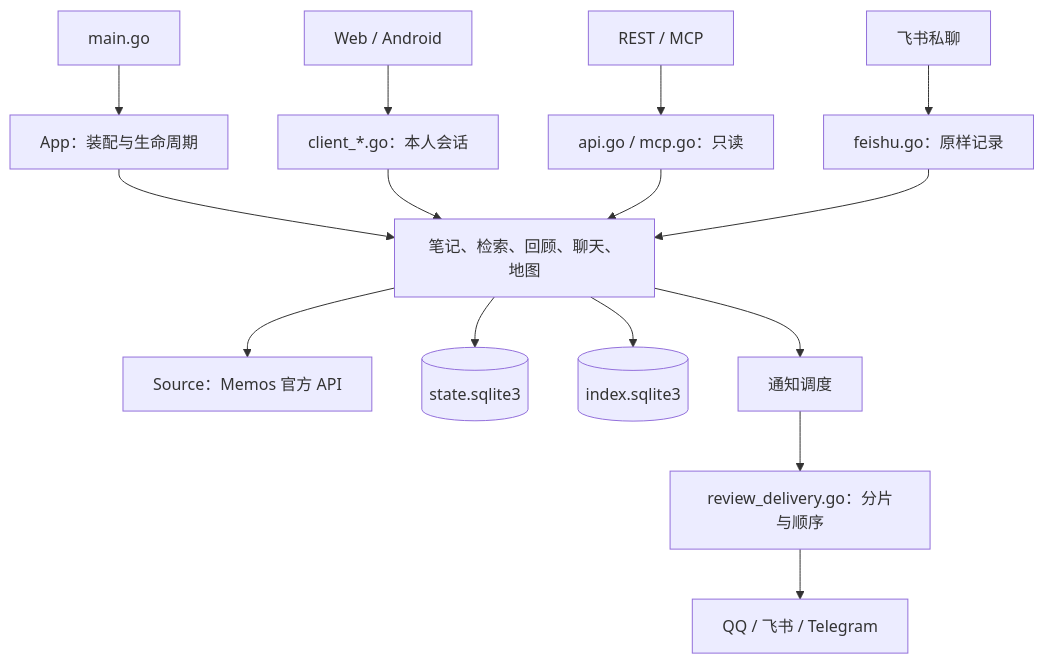
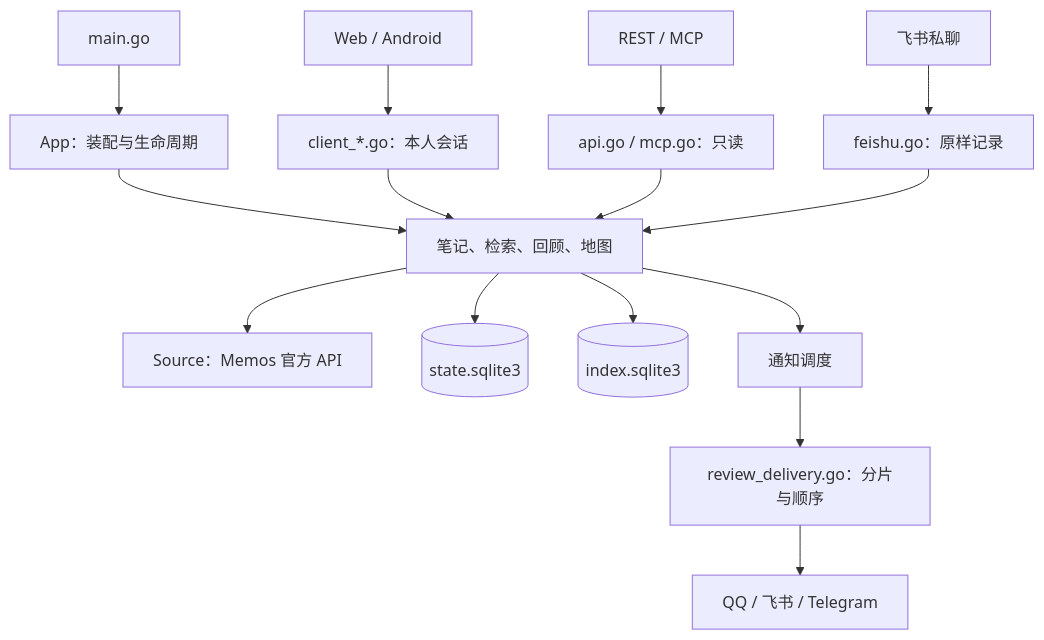
The diagram in docs/CODEBASE.md (Fermin214/Moerise), drawn with Mermaid before and after one commit. The commit also changed other lines of this file and 191 other files, not shown here.

````diff
--- a/docs/CODEBASE.md
+++ b/docs/CODEBASE.md
@@ -16,17 +16,17 @@
 ```mermaid
 flowchart TD
     Main["main.go"] --> App["App：装配与生命周期"]
     Web["Web / Android"] --> Client["client_*.go：本人会话"]
     External["REST / MCP"] --> ReadOnly["api.go / mcp.go：只读"]
     Feishu["飞书私聊"] --> Capture["feishu.go：原样记录"]
-    App --> Services["笔记、检索、回顾、聊天、地图"]
+    App --> Services["笔记、检索、回顾、地图"]
     Client --> Services
     ReadOnly --> Services
     Capture --> Services
     Services --> Source["Source：Memos 官方 API"]
     Services --> State[("state.sqlite3")]
     Services --> Index[("index.sqlite3")]
     Schedule["通知调度"] --> Delivery["review_delivery.go：分片与顺序"]
     Services --> Schedule
     Delivery --> Channels["QQ / 飞书 / Telegram"]
 ```
````
